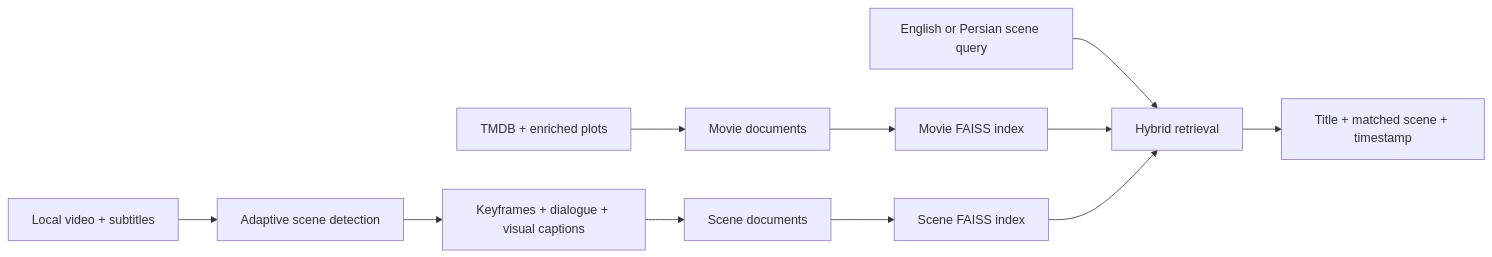
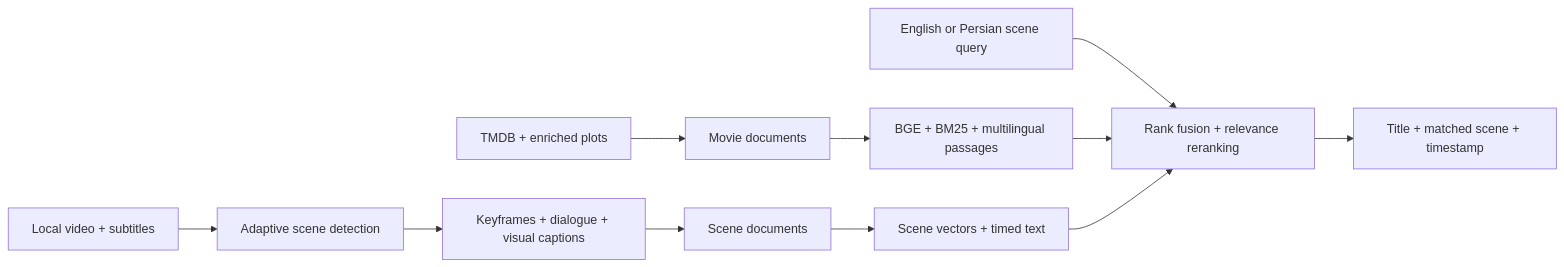
One commit to amin-pourmand/cinescene changed the diagram in README.md. Above: the diagram before and after it, drawn with Mermaid. The commit also changed other lines of this file and 74 other files, not shown here.

Commit message:
Replace keyword demo with on-device hybrid retrieval and attributed episode evidence

````diff
--- a/README.md
+++ b/README.md
@@ -40,13 +40,13 @@
 ```mermaid
 flowchart LR
     A[TMDB + enriched plots] --> C[Movie documents]
     B[Local video + subtitles] --> D[Adaptive scene detection]
     D --> E[Keyframes + dialogue + visual captions]
     E --> F[Scene documents]
-    C --> G[Movie FAISS index]
-    F --> H[Scene FAISS index]
-    Q[English or Persian scene query] --> I[Hybrid retrieval]
+    C --> G[BGE + BM25 + multilingual passages]
+    F --> H[Scene vectors + timed text]
+    Q[English or Persian scene query] --> I[Rank fusion + relevance reranking]
     G --> I
     H --> I
     I --> J[Title + matched scene + timestamp]
 ```
````
